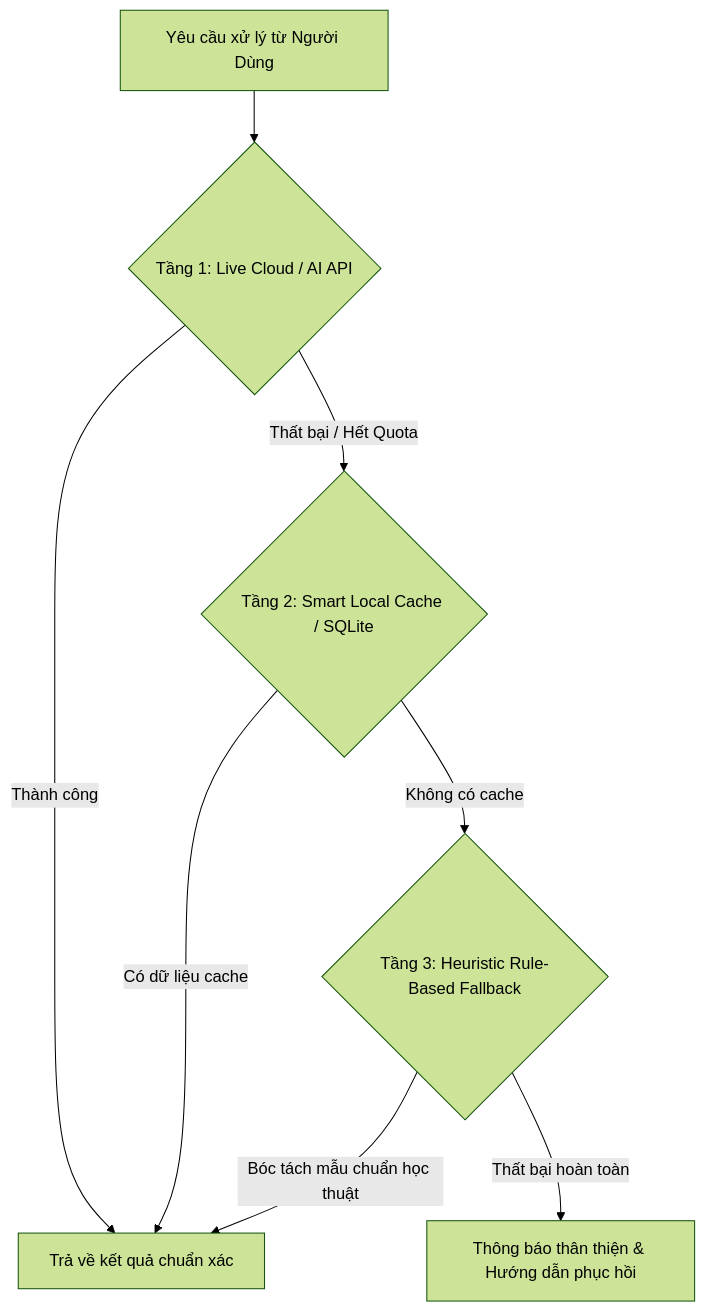
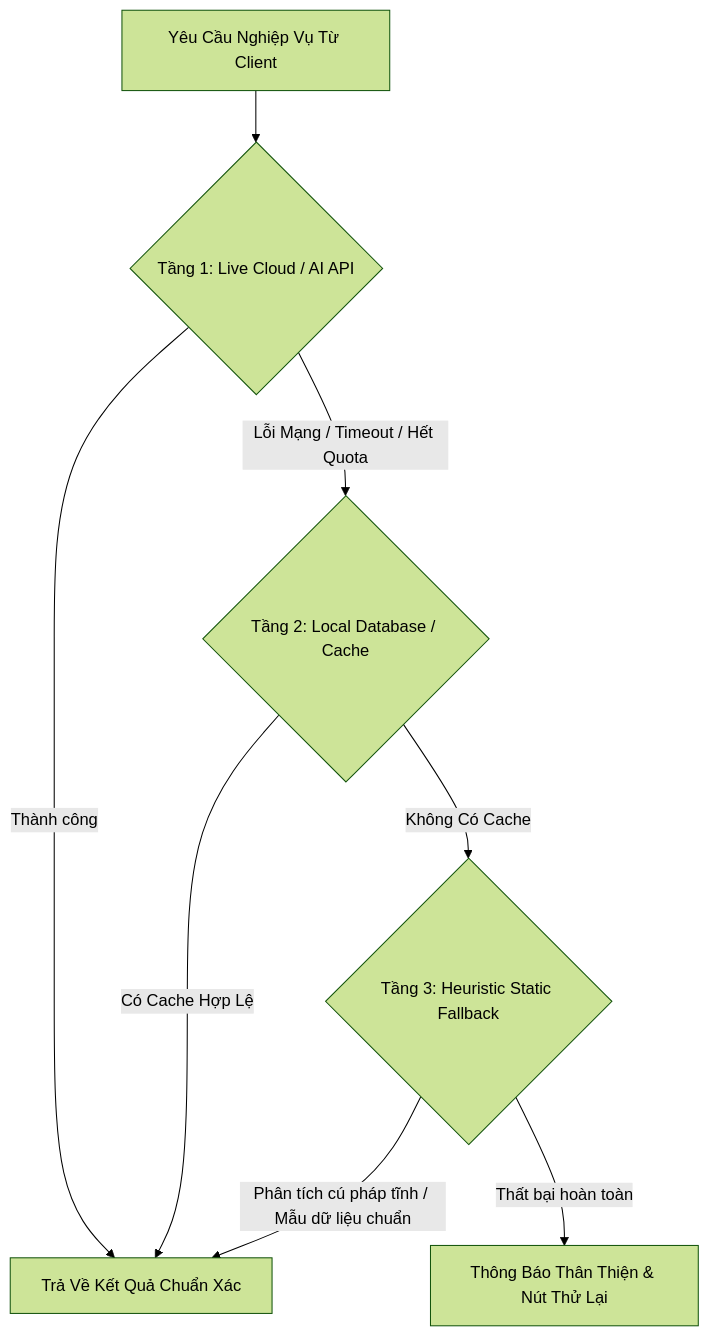
One commit to topxtmtk21/scholargraph-pro changed the diagram in .agents/skills/zero-regression-engineering/SKILL.md. Above: the diagram before and after it, drawn with Mermaid (forest theme). The commit also changed other lines of this file and 2 other files, not shown here.

````diff
--- a/.agents/skills/zero-regression-engineering/SKILL.md
+++ b/.agents/skills/zero-regression-engineering/SKILL.md
@@ -41,10 +44,10 @@
 ```mermaid
 graph TD
-    A[Yêu cầu xử lý từ Người Dùng] --> B{Tầng 1: Live Cloud / AI API}
-    B -- Thành công --> E[Trả về kết quả chuẩn xác]
-    B -- Thất bại / Hết Quota --> C{Tầng 2: Smart Local Cache / SQLite}
-    C -- Có dữ liệu cache --> E
-    C -- Không có cache --> D{Tầng 3: Heuristic Rule-Based Fallback}
-    D -- Bóc tách mẫu chuẩn học thuật --> E
-    D -- Thất bại hoàn toàn --> F[Thông báo thân thiện & Hướng dẫn phục hồi]
+    A[Yêu Cầu Nghiệp Vụ Từ Client] --> B{Tầng 1: Live Cloud / AI API}
+    B -- Thành công --> E[Trả Về Kết Quả Chuẩn Xác]
+    B -- Lỗi Mạng / Timeout / Hết Quota --> C{Tầng 2: Local Database / Cache}
+    C -- Có Cache Hợp Lệ --> E
+    C -- Không Có Cache --> D{Tầng 3: Heuristic Static Fallback}
+    D -- Phân tích cú pháp tĩnh / Mẫu dữ liệu chuẩn --> E
+    D -- Thất bại hoàn toàn --> F[Thông Báo Thân Thiện & Nút Thử Lại]
 ```
````
